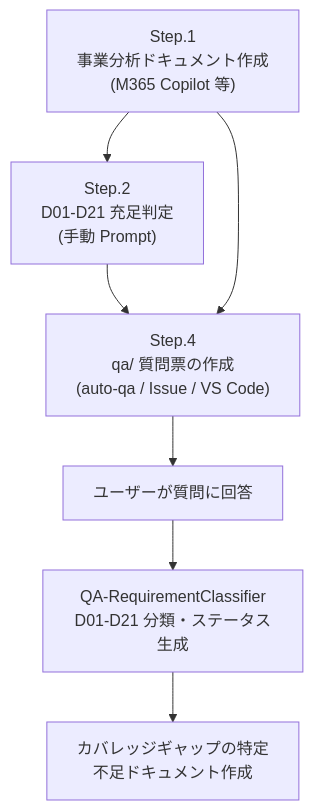
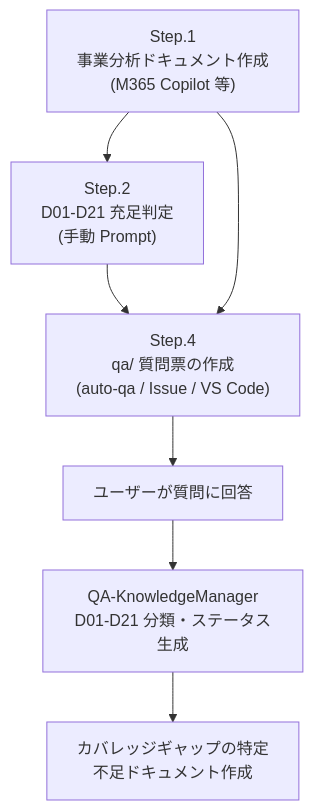
One commit to dahatake/HypervelocityEngineering changed the diagram in users-guide/01-Business-Requirement.md. Above: the diagram before and after it, drawn with Mermaid. The commit also changed other lines of this file and 148 other files, not shown here.

````diff
--- a/users-guide/01-Business-Requirement.md
+++ b/users-guide/01-Business-Requirement.md
@@ -938,9 +941,9 @@
 ```mermaid
 flowchart TD
     A["Step.1<br/>事業分析ドキュメント作成<br/>(M365 Copilot 等)"] --> B["Step.2<br/>D01-D21 充足判定<br/>(手動 Prompt)"]
     B --> C["Step.4<br/>qa/ 質問票の作成<br/>(auto-qa / Issue / VS Code)"]
     A --> C
     C --> D["ユーザーが質問に回答"]
-    D --> E["QA-RequirementClassifier<br/>D01-D21 分類・ステータス生成"]
+    D --> E["QA-KnowledgeManager<br/>D01-D21 分類・ステータス生成"]
     E --> F["カバレッジギャップの特定<br/>不足ドキュメント作成"]
 ```
````
